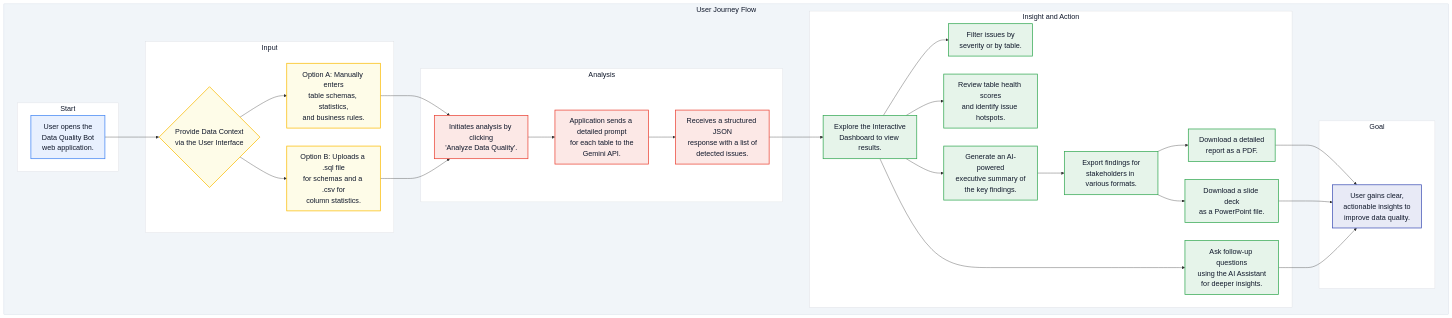
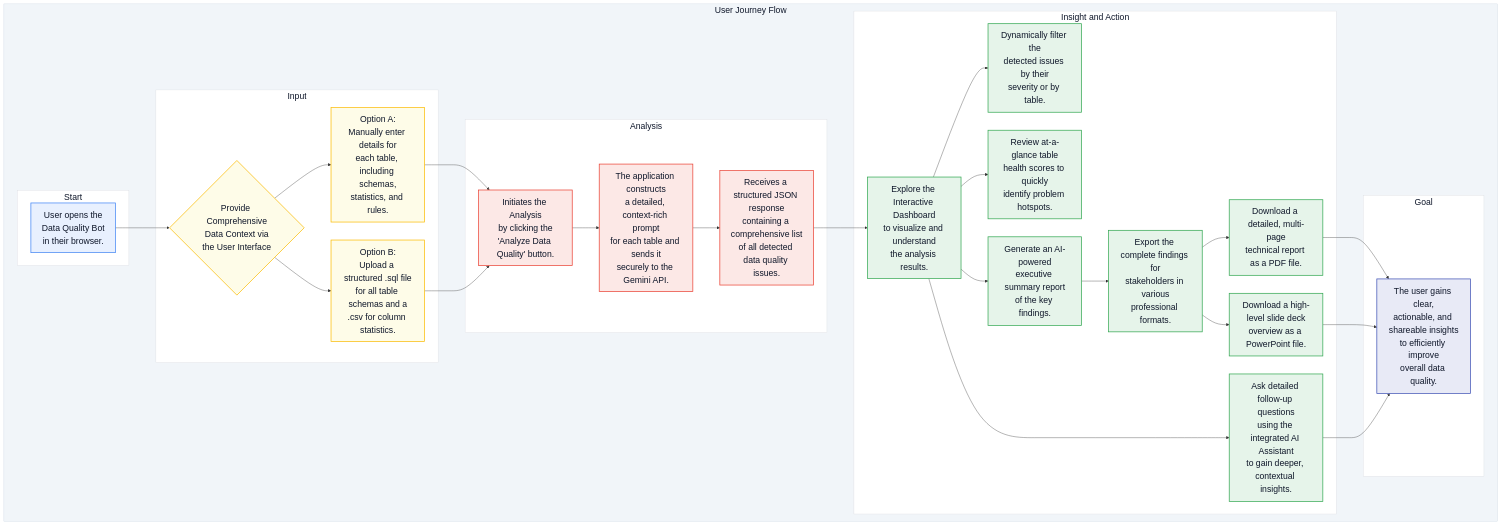
One commit to chtsalvishal/DQ_Gen_AI_Bot changed the second of 2 diagrams in README.md. Above: the diagram before and after it, drawn with Mermaid.

Commit message:
docs: Update README user journey diagram
Adjusted diagram text and styling for improved clarity and readability in the user journey visualization within the README.

````diff
--- a/README.md
+++ b/README.md
@@ -92,68 +92,68 @@
 ```mermaid
-%%{init: { 'themeVariables': { 'fontSize': '20px', 'fontFamily': 'Arial' } }}%%
+%%{init: { 'themeVariables': { 'fontSize': '24px', 'fontFamily': 'Arial' } }}%%
 graph TD
     subgraph user_journey [User Journey Flow]
         subgraph sg1 [Start]
-            A[User opens the<br>Data Quality Bot<br>web application.]:::startNode
+            A[User opens the<br>Data Quality Bot<br>in their browser.]:::startNode
         end
 
         subgraph sg2 [Input]
-            B{Provide Data Context<br>via the User Interface}:::inputNode
-            B1[Option A: Manually enters<br>table schemas, statistics,<br>and business rules.]:::inputNode
-            B2[Option B: Uploads a .sql file<br>for schemas and a .csv for<br>column statistics.]:::inputNode
+            B{Provide Comprehensive<br>Data Context via<br>the User Interface}:::inputNode
+            B1[Option A:<br>Manually enter details for<br>each table, including schemas,<br>statistics, and rules.]:::inputNode
+            B2[Option B:<br>Upload a structured .sql file<br>for all table schemas and a<br>.csv for column statistics.]:::inputNode
         end
         
         subgraph sg3 [Analysis]
-            C[Initiates analysis by clicking<br>'Analyze Data Quality'.]:::analysisNode
-            D[Application sends a detailed prompt<br>for each table to the<br>Gemini API.]:::analysisNode
-            E[Receives a structured JSON<br>response with a list of<br>detected issues.]:::analysisNode
+            C[Initiates the Analysis<br>by clicking the<br>'Analyze Data Quality' button.]:::analysisNode
+            D[The application constructs<br>a detailed, context-rich prompt<br>for each table and sends it<br>securely to the Gemini API.]:::analysisNode
+            E[Receives a structured JSON response<br>containing a comprehensive list<br>of all detected data quality issues.]:::analysisNode
         end
 
         subgraph sg4 [Insight and Action]
-            F[Explore the Interactive<br>Dashboard to view results.]:::insightNode
-            F1[Filter issues by<br>severity or by table.]:::insightNode
-            F2[Review table health scores<br>and identify issue hotspots.]:::insightNode
-            G[Ask follow-up questions<br>using the AI Assistant<br>for deeper insights.]:::insightNode
-            H[Generate an AI-powered<br>executive summary of<br>the key findings.]:::insightNode
-            I[Export findings for<br>stakeholders in various formats.]:::insightNode
-            I1[Download a detailed<br>report as a PDF.]:::insightNode
-            I2[Download a slide deck<br>as a PowerPoint file.]:::insightNode
+            F[Explore the Interactive Dashboard<br>to visualize and understand<br>the analysis results.]:::insightNode
+            F1[Dynamically filter the<br>detected issues by their<br>severity or by table.]:::insightNode
+            F2[Review at-a-glance table<br>health scores to quickly<br>identify problem hotspots.]:::insightNode
+            G[Ask detailed follow-up questions<br>using the integrated AI Assistant<br>to gain deeper, contextual insights.]:::insightNode
+            H[Generate an AI-powered<br>executive summary report<br>of the key findings.]:::insightNode
+            I[Export the complete findings for<br>stakeholders in various<br>professional formats.]:::insightNode
+            I1[Download a detailed, multi-page<br>technical report as a PDF file.]:::insightNode
+            I2[Download a high-level slide deck<br>overview as a PowerPoint file.]:::insightNode
         end
         
         subgraph sg5 [Goal]
-           J[User gains clear,<br>actionable insights to<br>improve data quality.]:::goalNode
+           J[The user gains clear,<br>actionable, and shareable insights<br>to efficiently improve<br>overall data quality.]:::goalNode
         end
     end
 
     A --> B
     B --> B1
     B --> B2
     B1 --> C
     B2 --> C
     C --> D
     D --> E
     E --> F
     F --> F1
     F --> F2
     F --> G
     F --> H
     H --> I
     I --> I1
     I --> I2
     I1 --> J
     I2 --> J
     G --> J
     
     style user_journey fill:#F1F5F9,stroke:#CBD5E1,color:#0f172a
     style sg1 fill:#FFFFFF,stroke:#DADCE0,color:#0f172a
     style sg2 fill:#FFFFFF,stroke:#DADCE0,color:#0f172a
     style sg3 fill:#FFFFFF,stroke:#DADCE0,color:#0f172a
     style sg4 fill:#FFFFFF,stroke:#DADCE0,color:#0f172a
     style sg5 fill:#FFFFFF,stroke:#DADCE0,color:#0f172a
     
     classDef startNode fill:#E8F0FE,stroke:#4285F4,stroke-width:2px,color:#0f172a
     classDef inputNode fill:#FEFCE8,stroke:#FBBC05,stroke-width:2px,color:#0f172a
     classDef analysisNode fill:#FCE8E6,stroke:#EA4335,stroke-width:2px,color:#0f172a
     classDef insightNode fill:#E6F4EA,stroke:#34A853,stroke-width:2px,color:#0f172a
     classDef goalNode fill:#E8EAF6,stroke:#3F51B5,stroke-width:2px,color:#0f172a
 ```
````
